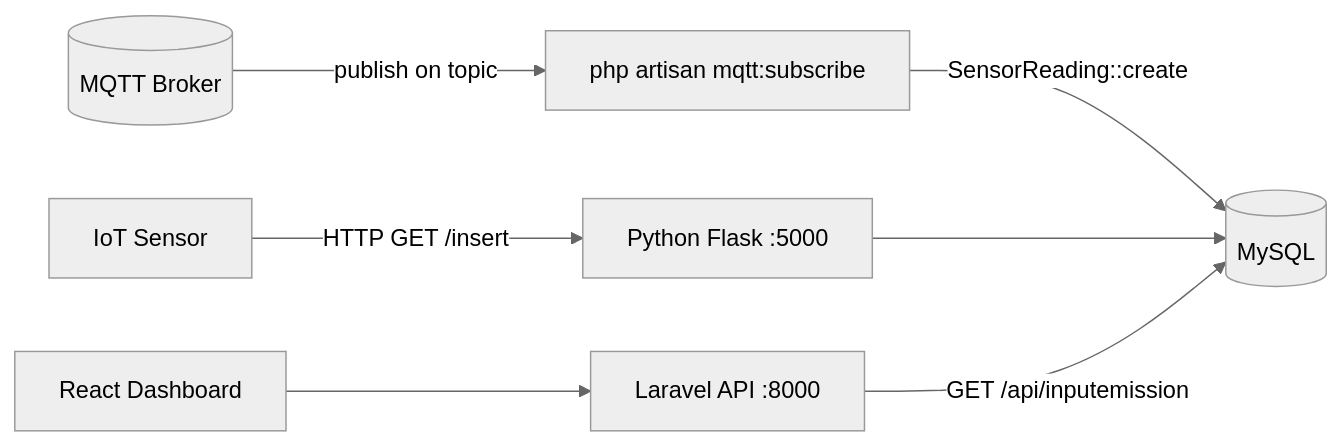
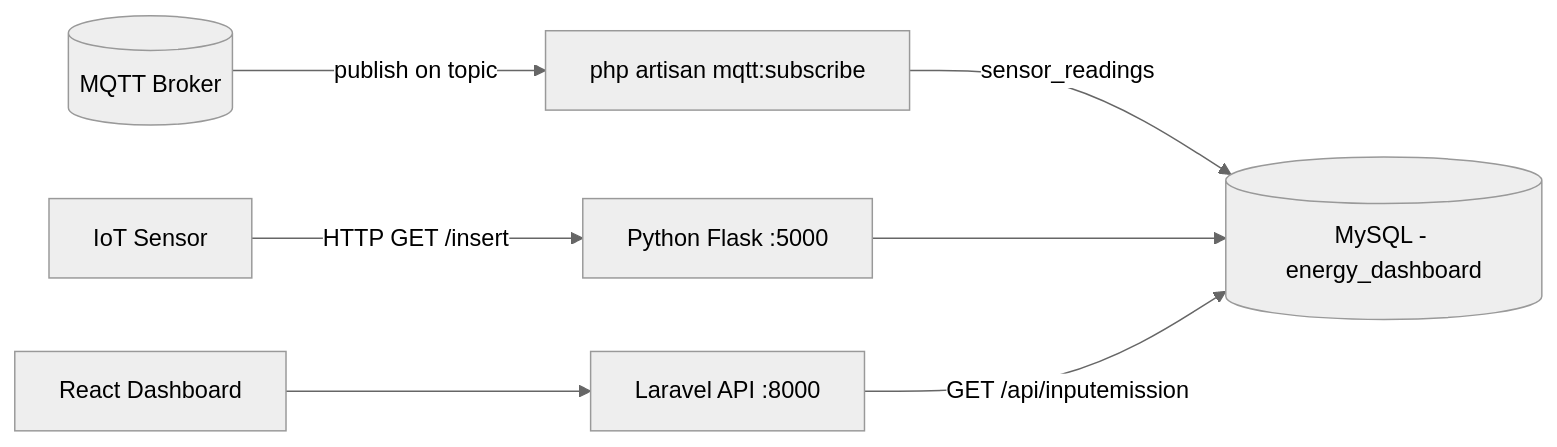
The diagram in docs/api.md (HidayahMF/kiansantangbrokermqtt), drawn with Mermaid (neutral theme) before and after one commit. The commit also changed other lines of this file and 50 other files, not shown here.

````diff
--- a/docs/api.md
+++ b/docs/api.md
@@ -627,9 +709,9 @@
 ```mermaid
 flowchart LR
     BROKER[(MQTT Broker)] -->|publish on topic| SUB[php artisan mqtt:subscribe]
-    SUB -->|SensorReading::create| DB[(MySQL)]
+    SUB -->|sensor_readings| DB[(MySQL - energy_dashboard)]
     SENSOR[IoT Sensor] -->|HTTP GET /insert| PY[Python Flask :5000]
     PY --> DB
     API[Laravel API :8000] -->|GET /api/inputemission| DB
     FE[React Dashboard] --> API
 ```
````
